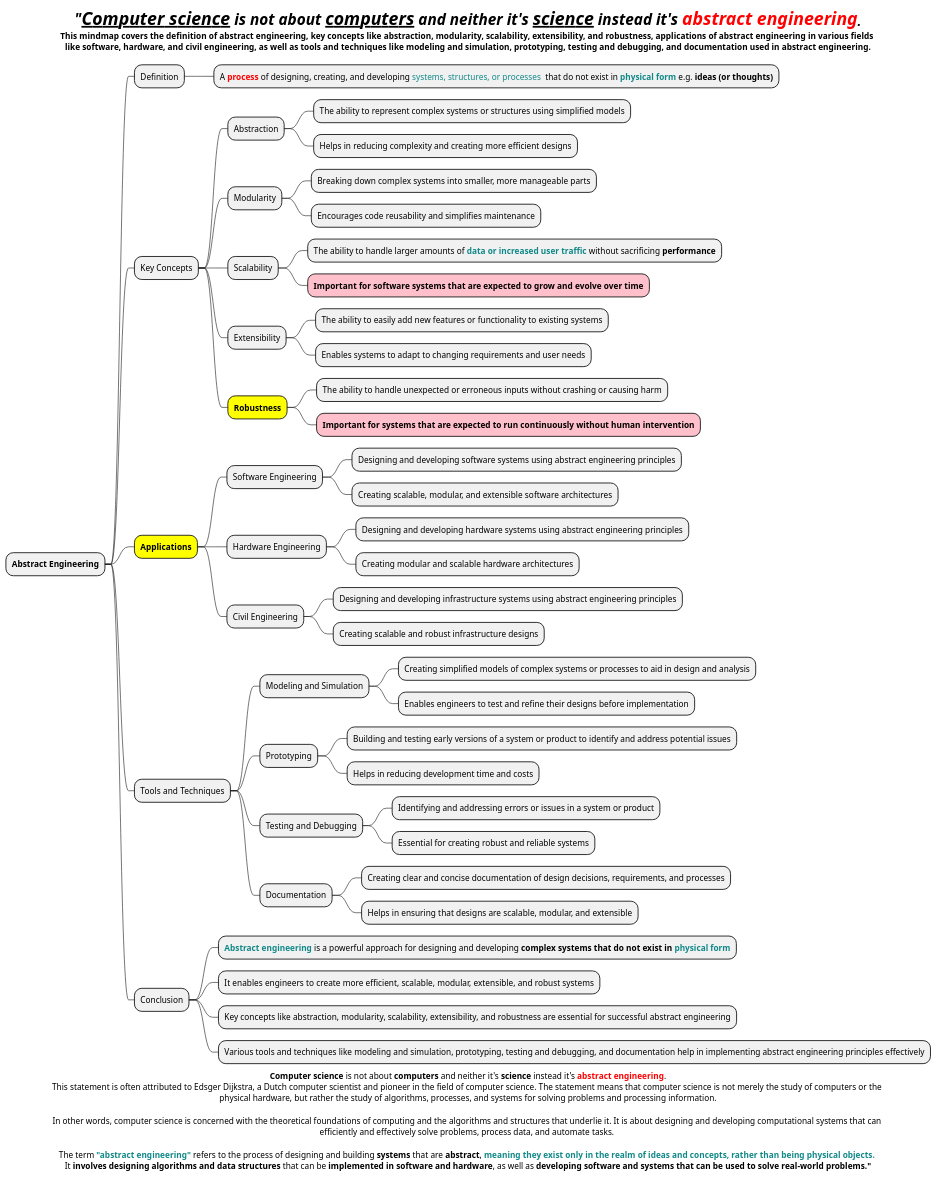
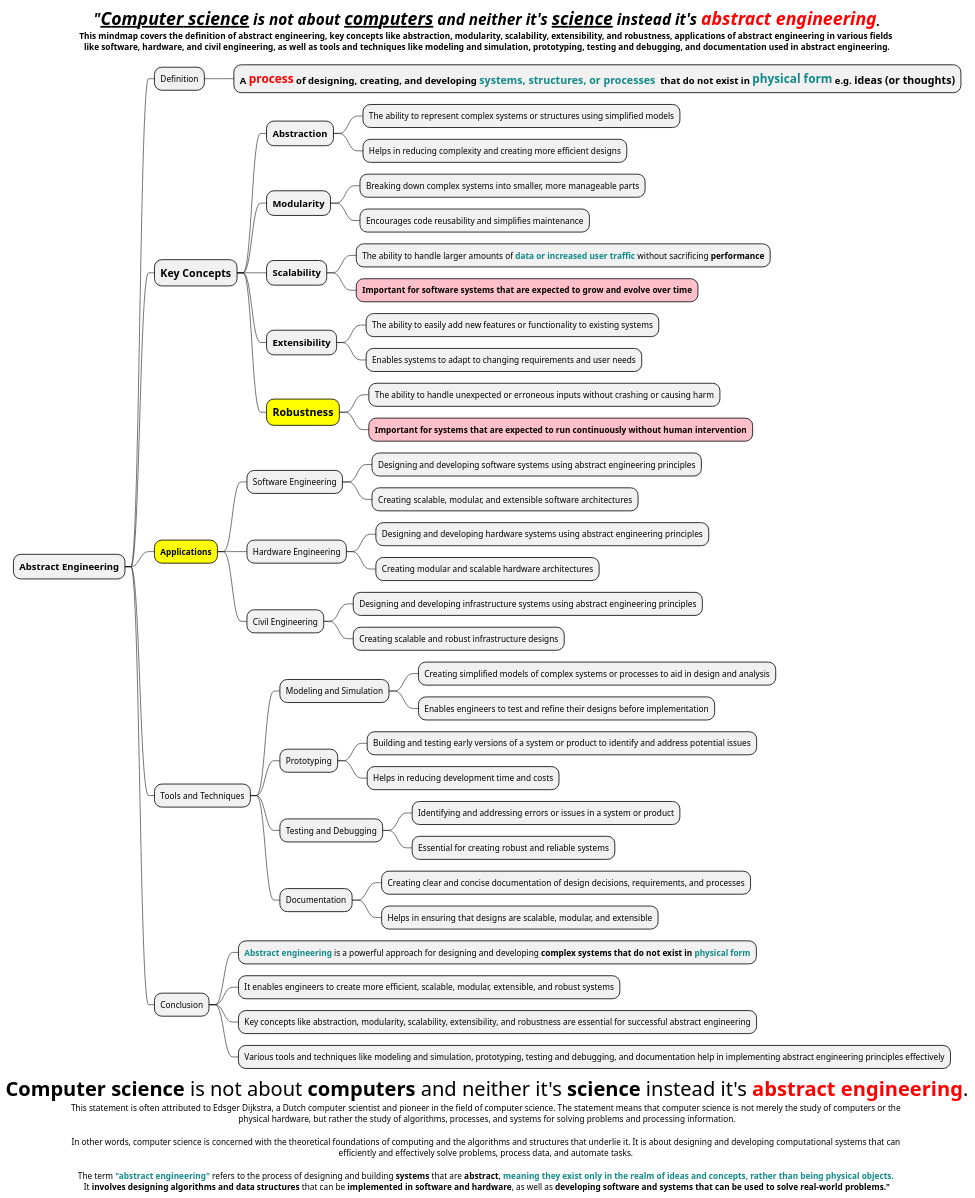
The diagram in docs/Requirement-Engineering/Abstract-Engineering.puml (MehmoodHashmi/Documentation-as-Code-DaC), drawn with PlantUML before and after one commit. The commit also changed 1 other file, not shown here.

```diff
--- a/docs/Requirement-Engineering/Abstract-Engineering.puml
+++ b/docs/Requirement-Engineering/Abstract-Engineering.puml
@@ -1,54 +1,54 @@
 @startmindmap
 
 title = //**"__Computer science__ is not about __computers__ and neither it's __science__ instead it's **<color #red>**abstract engineering**</color>.// \nThis mindmap covers the definition of abstract engineering, key concepts like abstraction, modularity, scalability, extensibility, and robustness, applications of abstract engineering in various fields \nlike software, hardware, and civil engineering, as well as tools and techniques like modeling and simulation, prototyping, testing and debugging, and documentation used in abstract engineering.
-caption **Computer science** is not about **computers** and neither it's **science** instead it's <color #red>**abstract engineering**</color>.\nThis statement is often attributed to Edsger Dijkstra, a Dutch computer scientist and pioneer in the field of computer science. The statement means that computer science is not merely the study of computers or the \nphysical hardware, but rather the study of algorithms, processes, and systems for solving problems and processing information.\n\nIn other words, computer science is concerned with the theoretical foundations of computing and the algorithms and structures that underlie it. It is about designing and developing computational systems that can \nefficiently and effectively solve problems, process data, and automate tasks. \n\nThe term <color #118888>**"abstract engineering"**</color> refers to the process of designing and building **systems** that are **abstract**, <color #118888>**meaning they exist only in the realm of ideas and concepts, rather than being physical objects.**</color> \nIt **involves designing algorithms and data structures** that can be **implemented in software and hardware**, as well as **developing software and systems that can be used to solve real-world problems."**
+caption <size:34>**Computer science** is not about **computers** and neither it's **science** instead it's <color #red>**abstract engineering**</color>.\nThis statement is often attributed to Edsger Dijkstra, a Dutch computer scientist and pioneer in the field of computer science. The statement means that computer science is not merely the study of computers or the \nphysical hardware, but rather the study of algorithms, processes, and systems for solving problems and processing information.\n\nIn other words, computer science is concerned with the theoretical foundations of computing and the algorithms and structures that underlie it. It is about designing and developing computational systems that can \nefficiently and effectively solve problems, process data, and automate tasks. \n\nThe term <color #118888>**"abstract engineering"**</color> refers to the process of designing and building **systems** that are **abstract**, <color #118888>**meaning they exist only in the realm of ideas and concepts, rather than being physical objects.**</color> \nIt **involves designing algorithms and data structures** that can be **implemented in software and hardware**, as well as **developing software and systems that can be used to solve real-world problems."**
 
 
-* **Abstract Engineering**
+* ===**Abstract Engineering**
 ** Definition
-*** A <color #red>**process**</color> of designing, creating, and developing <color #118888>systems, structures, or processes</color>  that do not exist in <color #118888>**physical form**</color> e.g. **ideas (or thoughts)**
-** Key Concepts
-*** Abstraction
+*** ==A <color #red>**process**</color> of designing, creating, and developing <color #118888>systems, structures, or processes</color>  that do not exist in <color #118888>**physical form**</color> e.g. **ideas (or thoughts)**
+** =Key Concepts
+*** ==Abstraction
 **** The ability to represent complex systems or structures using simplified models
 **** Helps in reducing complexity and creating more efficient designs
-*** Modularity
+*** ==Modularity
 **** Breaking down complex systems into smaller, more manageable parts
 **** Encourages code reusability and simplifies maintenance
-*** Scalability
+*** ==Scalability
 **** The ability to handle larger amounts of <color #118888>**data or increased user traffic**</color> without sacrificing **performance**
 ****[#pink] **Important for software systems that are expected to grow and evolve over time**
-*** Extensibility
+*** ==Extensibility
 **** The ability to easily add new features or functionality to existing systems
 **** Enables systems to adapt to changing requirements and user needs
-***[#yellow] **Robustness**
+***[#yellow] ==**Robustness**
 **** The ability to handle unexpected or erroneous inputs without crashing or causing harm
 ****[#pink] **Important for systems that are expected to run continuously without human intervention**
 **[#yellow] **Applications**
 *** Software Engineering
 **** Designing and developing software systems using abstract engineering principles
 **** Creating scalable, modular, and extensible software architectures
 *** Hardware Engineering
 **** Designing and developing hardware systems using abstract engineering principles
 **** Creating modular and scalable hardware architectures
 *** Civil Engineering
 **** Designing and developing infrastructure systems using abstract engineering principles
 **** Creating scalable and robust infrastructure designs
 ** Tools and Techniques
 *** Modeling and Simulation
 **** Creating simplified models of complex systems or processes to aid in design and analysis
 **** Enables engineers to test and refine their designs before implementation
 *** Prototyping
 **** Building and testing early versions of a system or product to identify and address potential issues
 **** Helps in reducing development time and costs
 *** Testing and Debugging
 **** Identifying and addressing errors or issues in a system or product
 **** Essential for creating robust and reliable systems
 *** Documentation
 **** Creating clear and concise documentation of design decisions, requirements, and processes
 **** Helps in ensuring that designs are scalable, modular, and extensible
 ** Conclusion
 *** <color #118888>**Abstract engineering**</color> is a powerful approach for designing and developing **complex systems that do not exist in** <color #118888>**physical form**</color>
 *** It enables engineers to create more efficient, scalable, modular, extensible, and robust systems
 *** Key concepts like abstraction, modularity, scalability, extensibility, and robustness are essential for successful abstract engineering
 *** Various tools and techniques like modeling and simulation, prototyping, testing and debugging, and documentation help in implementing abstract engineering principles effectively
 @endmindmap
```
